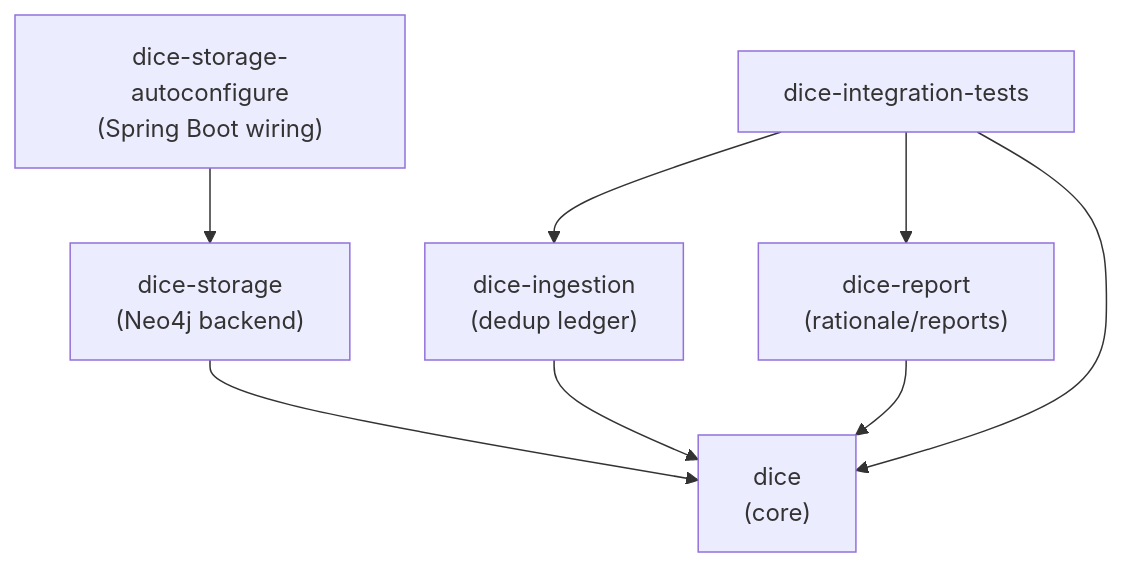
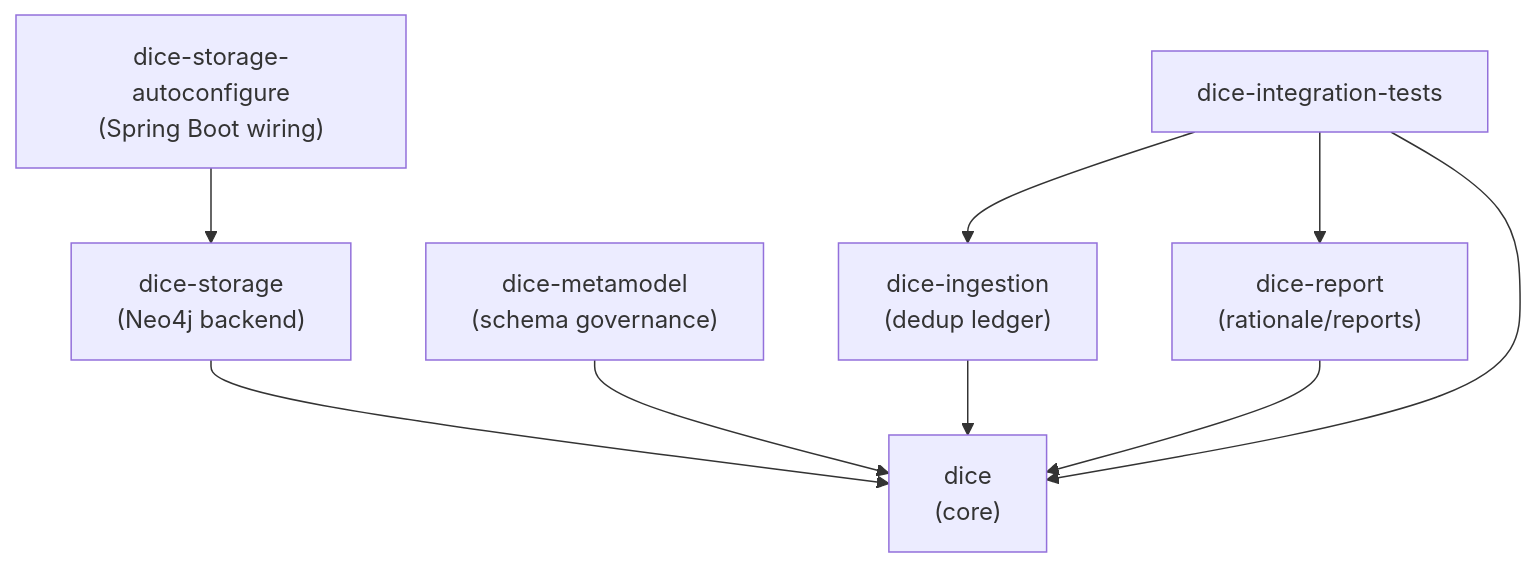
Before and after one commit to embabel/dice: the first of 6 diagrams in docs/design/architecture.md, drawn with Mermaid. The commit also changed other lines of this file and 25 other files, not shown here.

````diff
--- a/docs/design/architecture.md
+++ b/docs/design/architecture.md
@@ -21,17 +22,19 @@
 ```mermaid
 flowchart TB
     dice["dice<br/>(core)"]
     storage["dice-storage<br/>(Neo4j backend)"]
     autoconf["dice-storage-autoconfigure<br/>(Spring Boot wiring)"]
     ingestion["dice-ingestion<br/>(dedup ledger)"]
     report["dice-report<br/>(rationale/reports)"]
+    metamodel["dice-metamodel<br/>(schema governance)"]
     itest["dice-integration-tests"]
 
     storage --> dice
+    metamodel --> dice
     autoconf --> storage
     ingestion --> dice
     report --> dice
     itest --> dice
     itest --> ingestion
     itest --> report
 ```
````
